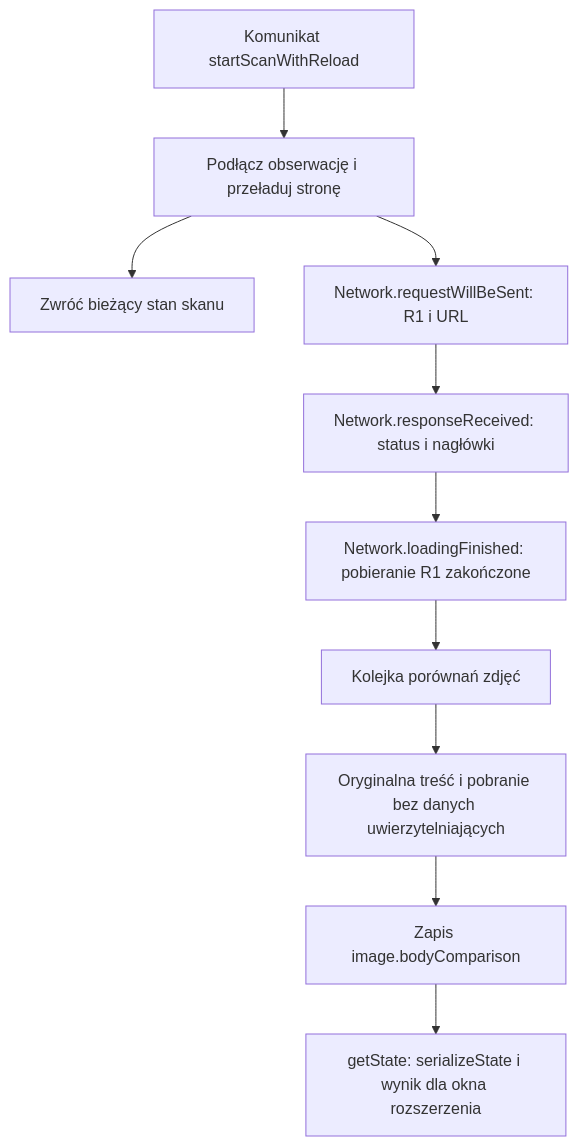
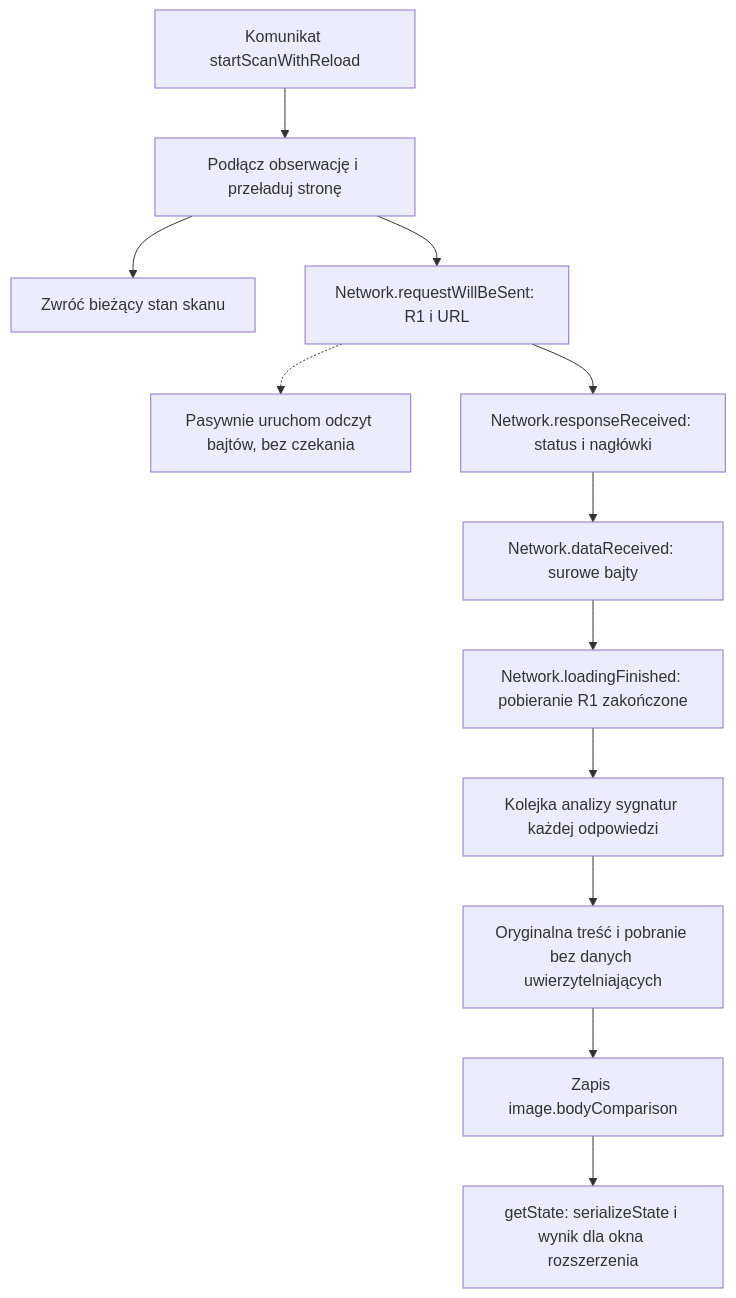
Before and after one commit to andrzejbl/BezpiecznyWizerunekChrome: the diagram in docs/flows/scanning.md, drawn with Mermaid. The commit also changed other lines of this file and 25 other files, not shown here.

````diff
--- a/docs/flows/scanning.md
+++ b/docs/flows/scanning.md
@@ -31,12 +32,14 @@
 ```mermaid
 flowchart TD
     A[Komunikat startScanWithReload] --> B[Podłącz obserwację i przeładuj stronę]
     B --> C[Zwróć bieżący stan skanu]
     B --> D[Network.requestWillBeSent: R1 i URL]
+    D -.-> P[Pasywnie uruchom odczyt bajtów, bez czekania]
     D --> E[Network.responseReceived: status i nagłówki]
-    E --> F[Network.loadingFinished: pobieranie R1 zakończone]
-    F --> G[Kolejka porównań zdjęć]
+    E --> S[Network.dataReceived: surowe bajty]
+    S --> F[Network.loadingFinished: pobieranie R1 zakończone]
+    F --> G[Kolejka analizy sygnatur każdej odpowiedzi]
     G --> H[Oryginalna treść i pobranie bez danych uwierzytelniających]
     H --> I[Zapis image.bodyComparison]
     I --> J[getState: serializeState i wynik dla okna rozszerzenia]
 ```
````
